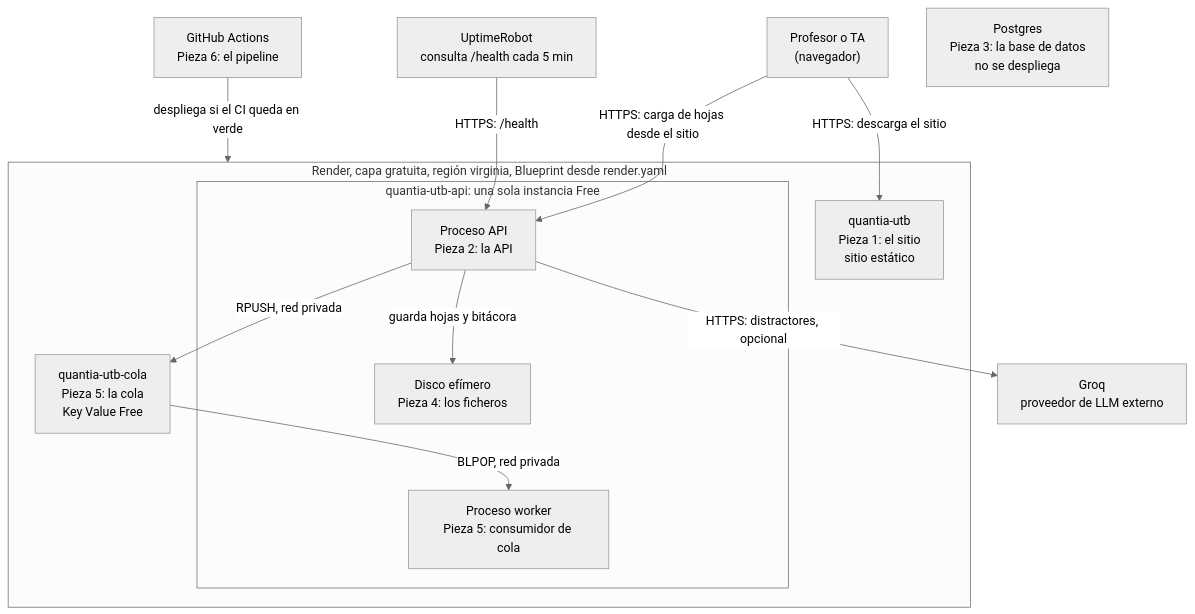
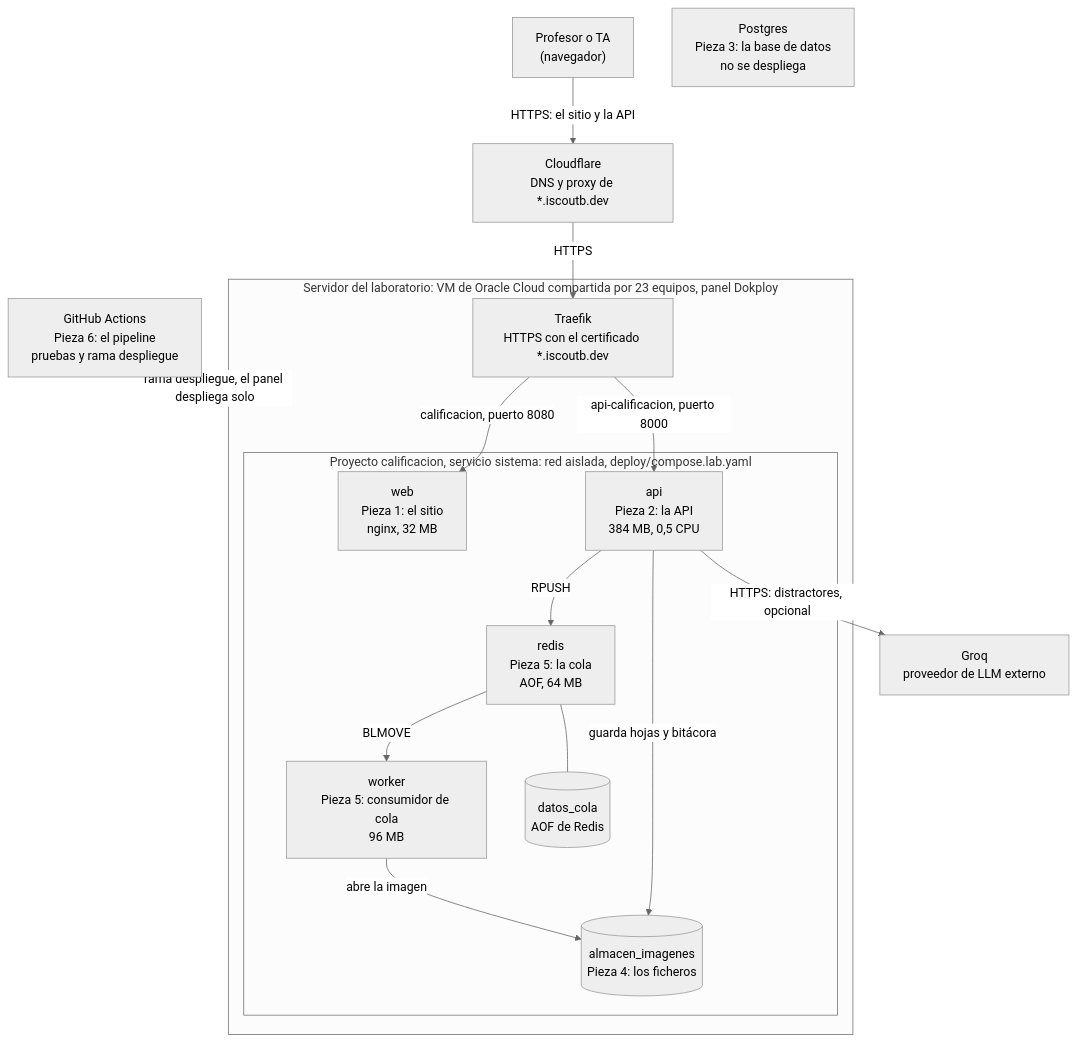
One commit to ISCOUTB/AS_202620_Sistema-de-calificacion-automatica changed the fifth of 6 diagrams in docs/arc42/arc42-template-ES.md. Above: the diagram before and after it, drawn with Mermaid (neutral theme). The commit also changed other lines of this file, not shown here.

First line of the commit message:
docs(arc42): llevar la vista de despliegue y los riesgos al servidor del laboratorio

````diff
--- a/docs/arc42/arc42-template-ES.md
+++ b/docs/arc42/arc42-template-ES.md
@@ -727,28 +736,33 @@
 ```mermaid
 flowchart TB
     profesor["Profesor o TA<br/>(navegador)"]
-    github["GitHub Actions<br/>Pieza 6: el pipeline"]
-    monitor["UptimeRobot<br/>consulta /health cada 5 min"]
+    github["GitHub Actions<br/>Pieza 6: el pipeline<br/>pruebas y rama despliegue"]
+    cloudflare["Cloudflare<br/>DNS y proxy de *.iscoutb.dev"]
 
-    subgraph render["Render, capa gratuita, región virginia, Blueprint desde render.yaml"]
-        sitio["quantia-utb<br/>Pieza 1: el sitio<br/>sitio estático"]
-        subgraph instancia["quantia-utb-api: una sola instancia Free"]
-            api["Proceso API<br/>Pieza 2: la API"]
-            worker["Proceso worker<br/>Pieza 5: consumidor de cola"]
-            disco["Disco efímero<br/>Pieza 4: los ficheros"]
+    subgraph servidor["Servidor del laboratorio: VM de Oracle Cloud compartida por 23 equipos, panel Dokploy"]
+        traefik["Traefik<br/>HTTPS con el certificado *.iscoutb.dev"]
+        subgraph equipo["Proyecto calificacion, servicio sistema: red aislada, deploy/compose.lab.yaml"]
+            web["web<br/>Pieza 1: el sitio<br/>nginx, 32 MB"]
+            api["api<br/>Pieza 2: la API<br/>384 MB, 0,5 CPU"]
+            worker["worker<br/>Pieza 5: consumidor de cola<br/>96 MB"]
+            redis["redis<br/>Pieza 5: la cola<br/>AOF, 64 MB"]
+            almacen[("almacen_imagenes<br/>Pieza 4: los ficheros")]
+            datos[("datos_cola<br/>AOF de Redis")]
         end
-        cola["quantia-utb-cola<br/>Pieza 5: la cola<br/>Key Value Free"]
     end
 
     postgres["Postgres<br/>Pieza 3: la base de datos<br/>no se despliega"]
     groq["Groq<br/>proveedor de LLM externo"]
 
-    profesor -->|HTTPS: descarga el sitio| sitio
-    profesor -->|HTTPS: carga de hojas desde el sitio| api
-    monitor -->|HTTPS: /health| api
-    api -->|guarda hojas y bitácora| disco
-    api -->|RPUSH, red privada| cola
-    cola -->|BLPOP, red privada| worker
+    profesor -->|HTTPS: el sitio y la API| cloudflare
+    cloudflare -->|HTTPS| traefik
+    traefik -->|calificacion, puerto 8080| web
+    traefik -->|api-calificacion, puerto 8000| api
+    api -->|guarda hojas y bitácora| almacen
+    worker -->|abre la imagen| almacen
+    api -->|RPUSH| redis
+    redis -->|BLMOVE| worker
+    redis --- datos
     api -->|HTTPS: distractores, opcional| groq
-    github -->|despliega si el CI queda en verde| render
+    github -->|rama despliegue, el panel despliega solo| servidor
 ```
````
